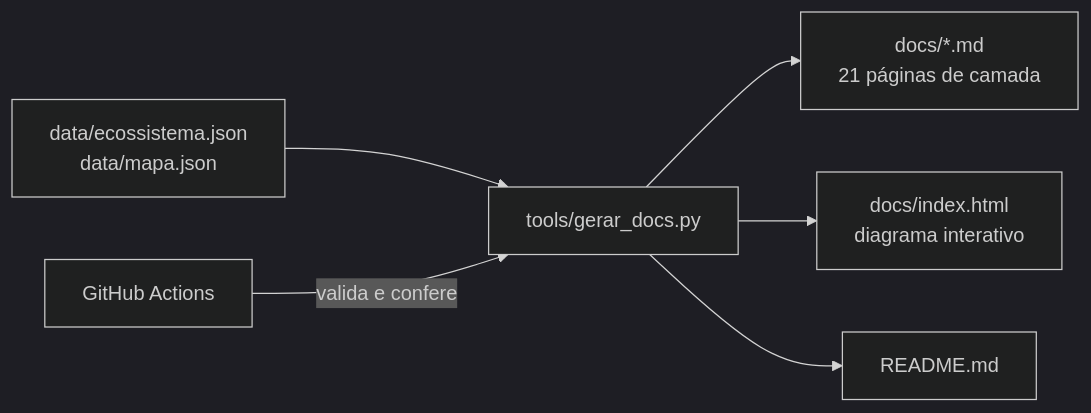
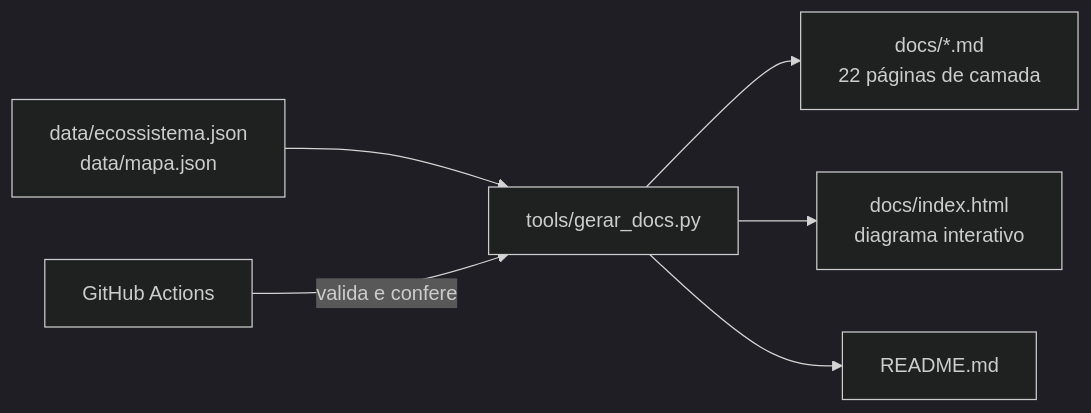
Before and after one commit to AlanMateus17/dev-setup: the second of 2 diagrams in README.md, drawn with Mermaid (dark theme). The commit also changed other lines of this file and 34 other files, not shown here.

````diff
--- a/README.md
+++ b/README.md
@@ -108,8 +112,8 @@
 ```mermaid
 flowchart LR
   D["data/ecossistema.json<br/>data/mapa.json"] --> G["tools/gerar_docs.py"]
-  G --> M["docs/*.md<br/>21 páginas de camada"]
+  G --> M["docs/*.md<br/>22 páginas de camada"]
   G --> H["docs/index.html<br/>diagrama interativo"]
   G --> R["README.md"]
   CI["GitHub Actions"] -->|"valida e confere"| G
 ```
````
